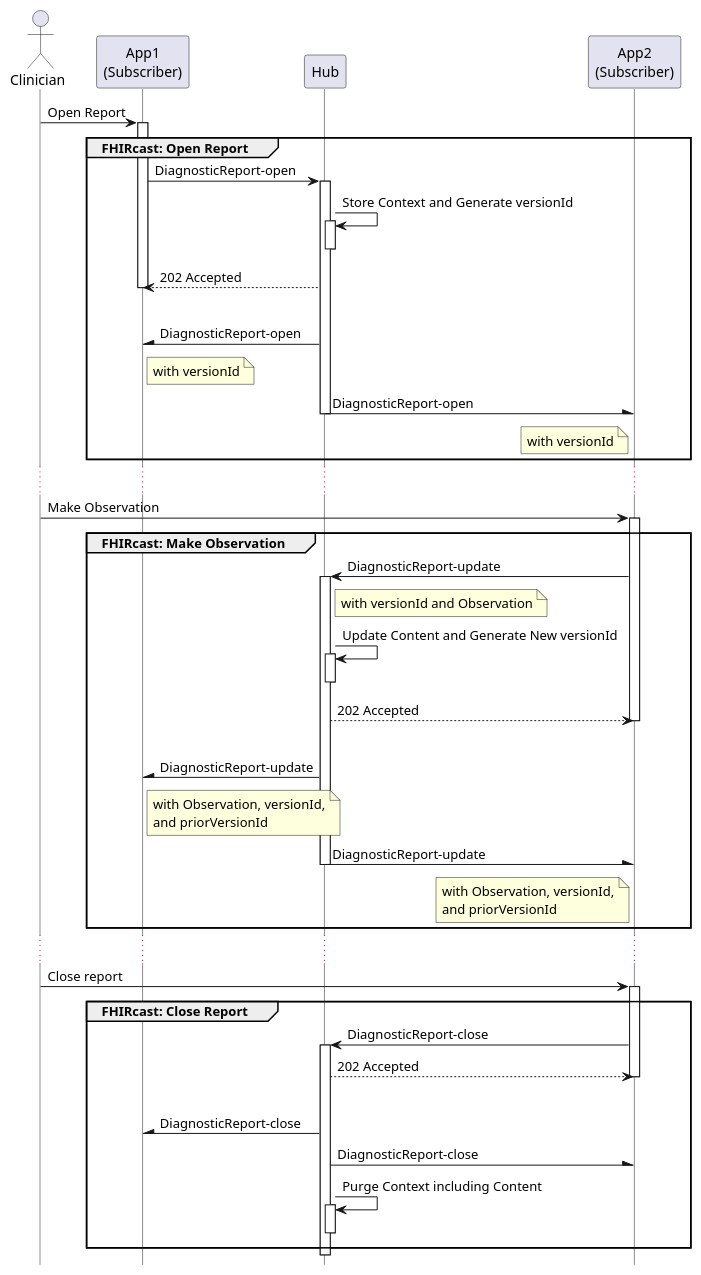
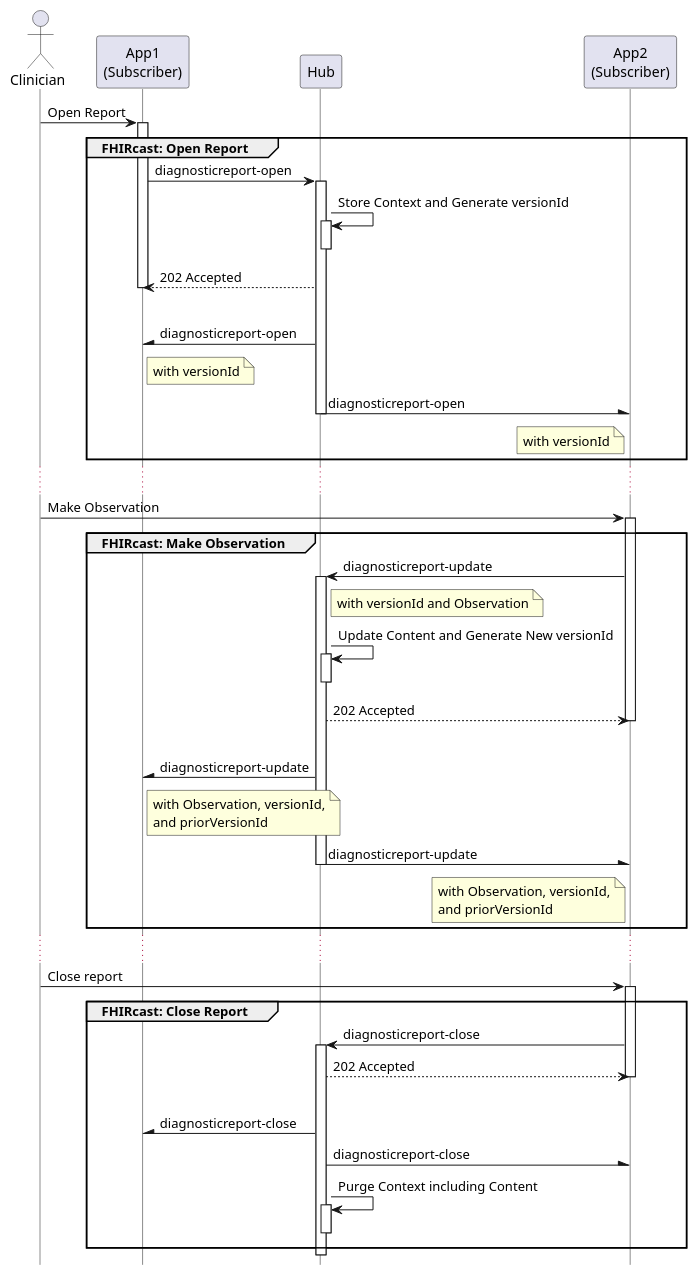
Before and after one commit to HL7/fhircast-docs: the diagram in input/images-source/ContentExchangeBasic.plantuml, drawn with PlantUML. The commit also changed 3 other files, not shown here.

Commit message:
FHIR-37074 - diagrams

```diff
--- a/input/images-source/ContentExchangeBasic.plantuml
+++ b/input/images-source/ContentExchangeBasic.plantuml
@@ -1,58 +1,58 @@
 @startuml
 skinparam shadowing false
 skinparam lifelineStrategy nosolid
 hide footbox
 
 actor Clinician
 participant "App1\n(Subscriber)" as App1
 participant Hub
 participant "App2\n(Subscriber)" as App2
 
 Clinician -> App1: Open Report
 group FHIRcast: Open Report
 activate App1
-App1 -> Hub: DiagnosticReport-open
+App1 -> Hub: diagnosticreport-open
 activate Hub
 Hub -> Hub++--: Store Context and Generate versionId
 App1 <-- Hub: 202 Accepted
 |||
 deactivate App1
-Hub -\ App1: DiagnosticReport-open
+Hub -\ App1: diagnosticreport-open
 note right App1: with versionId
-Hub -\ App2: DiagnosticReport-open
+Hub -\ App2: diagnosticreport-open
 note left App2: with versionId
 deactivate Hub
 end
 ...
 Clinician -> App2: Make Observation
 group FHIRcast: Make Observation
 activate App2
-App2 -> Hub: DiagnosticReport-update
+App2 -> Hub: diagnosticreport-update
 activate Hub
 note right Hub: with versionId and Observation
 Hub -> Hub++--: Update Content and Generate New versionId
 App2 <-- Hub: 202 Accepted
 deactivate App2
 |||
-Hub -\ App1: DiagnosticReport-update
+Hub -\ App1: diagnosticreport-update
 note right App1: with Observation, versionId,\nand priorVersionId
-Hub -\ App2: DiagnosticReport-update
+Hub -\ App2: diagnosticreport-update
 note left App2: with Observation, versionId,\nand priorVersionId
 deactivate Hub
 end
 ...
 Clinician -> App2: Close report
 group FHIRcast: Close Report
 activate App2
-App2 -> Hub: DiagnosticReport-close
+App2 -> Hub: diagnosticreport-close
 activate Hub
 App2 <-- Hub: 202 Accepted
 deactivate App2
 |||
-Hub -\ App1: DiagnosticReport-close
-Hub -\ App2: DiagnosticReport-close
+Hub -\ App1: diagnosticreport-close
+Hub -\ App2: diagnosticreport-close
 Hub -> Hub++--: Purge Context including Content
 end
 deactivate Hub
 
 @enduml
```
